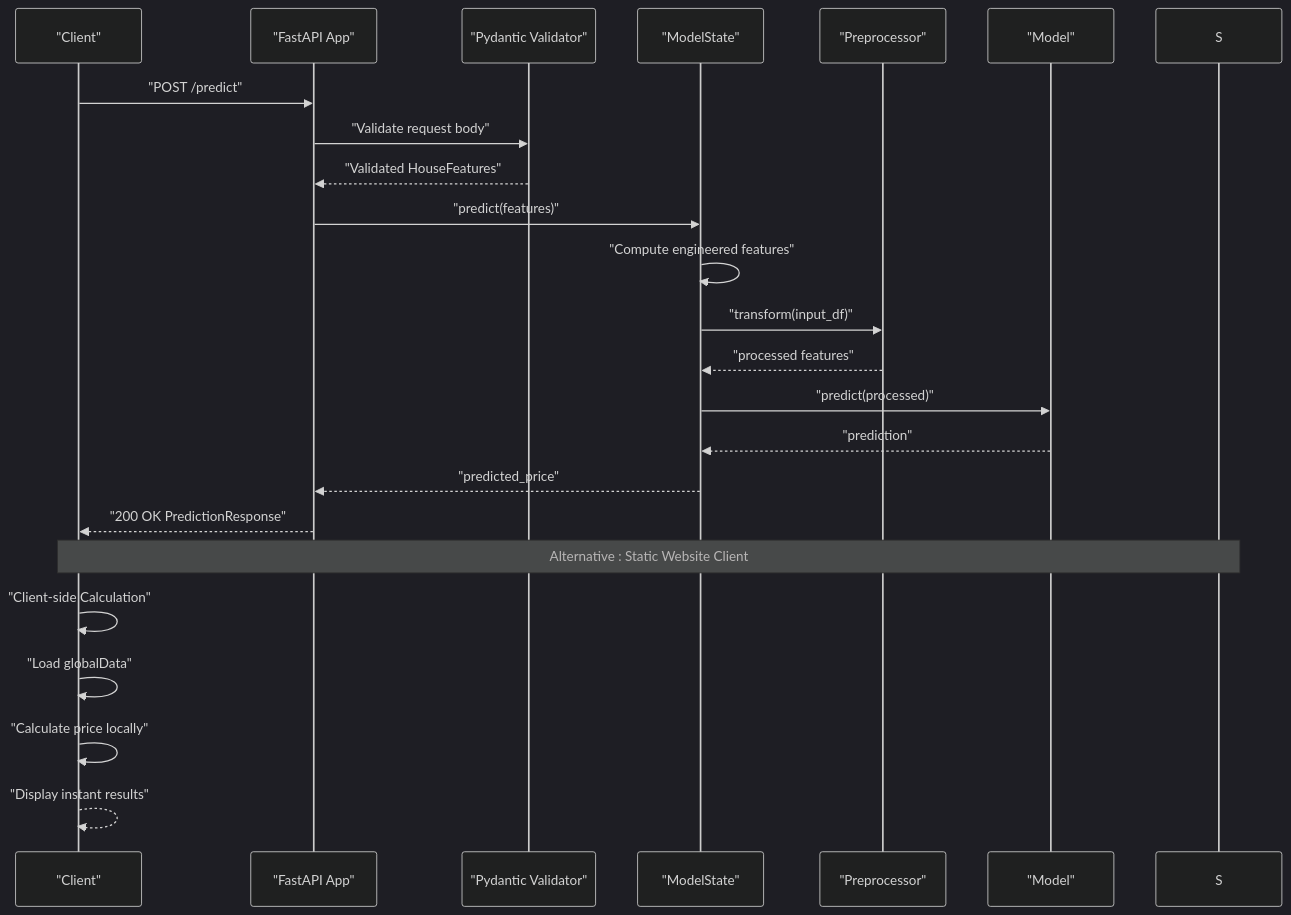
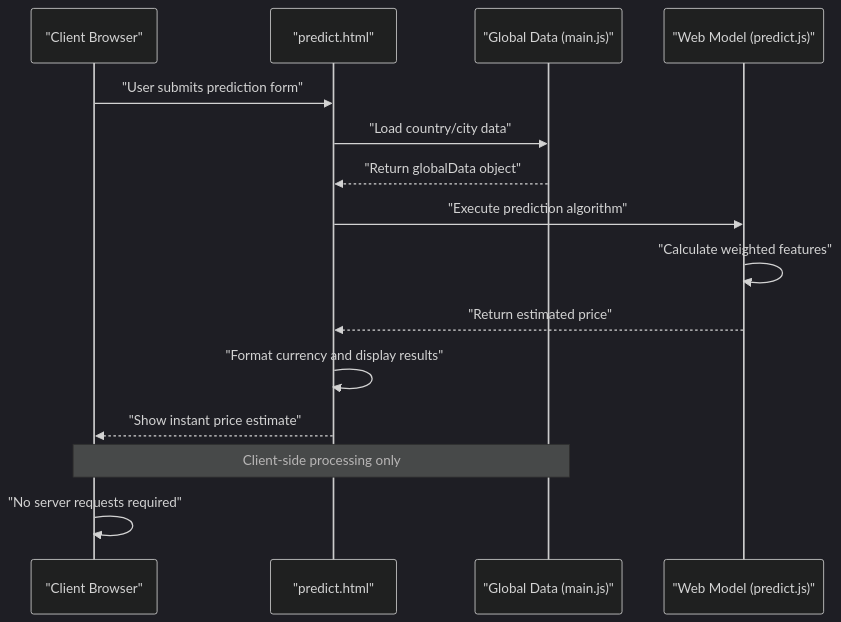
The second of 3 diagrams in .qoder/repowiki/en/content/REST API Service/REST API Service.md (tashkirrr/housing-price-prediction), drawn with Mermaid (dark theme) before and after one commit. The commit also changed other lines of this file and 5 other files, not shown here.

````diff
--- a/.qoder/repowiki/en/content/REST API Service/REST API Service.md
+++ b/.qoder/repowiki/en/content/REST API Service/REST API Service.md
@@ -106,25 +124,17 @@
 ```mermaid
 sequenceDiagram
-participant C as "Client"
-participant F as "FastAPI App"
-participant V as "Pydantic Validator"
-participant G as "ModelState"
-participant P as "Preprocessor"
-participant M as "Model"
-C->>F : "POST /predict"
-F->>V : "Validate request body"
-V-->>F : "Validated HouseFeatures"
-F->>G : "predict(features)"
-G->>G : "Compute engineered features"
-G->>P : "transform(input_df)"
-P-->>G : "processed features"
-G->>M : "predict(processed)"
-M-->>G : "prediction"
-G-->>F : "predicted_price"
-F-->>C : "200 OK PredictionResponse"
-Note over C,S : Alternative : Static Website Client
-C->>C : "Client-side Calculation"
-C->>C : "Load globalData"
-C->>C : "Calculate price locally"
-C-->>C : "Display instant results"
+participant C as "Client Browser"
+participant P as "predict.html"
+participant G as "Global Data (main.js)"
+participant M as "Web Model (predict.js)"
+C->>P : "User submits prediction form"
+P->>G : "Load country/city data"
+G-->>P : "Return globalData object"
+P->>M : "Execute prediction algorithm"
+M->>M : "Calculate weighted features"
+M-->>P : "Return estimated price"
+P->>P : "Format currency and display results"
+P-->>C : "Show instant price estimate"
+Note over C,G : Client-side processing only
+C->>C : "No server requests required"
 ```
````
